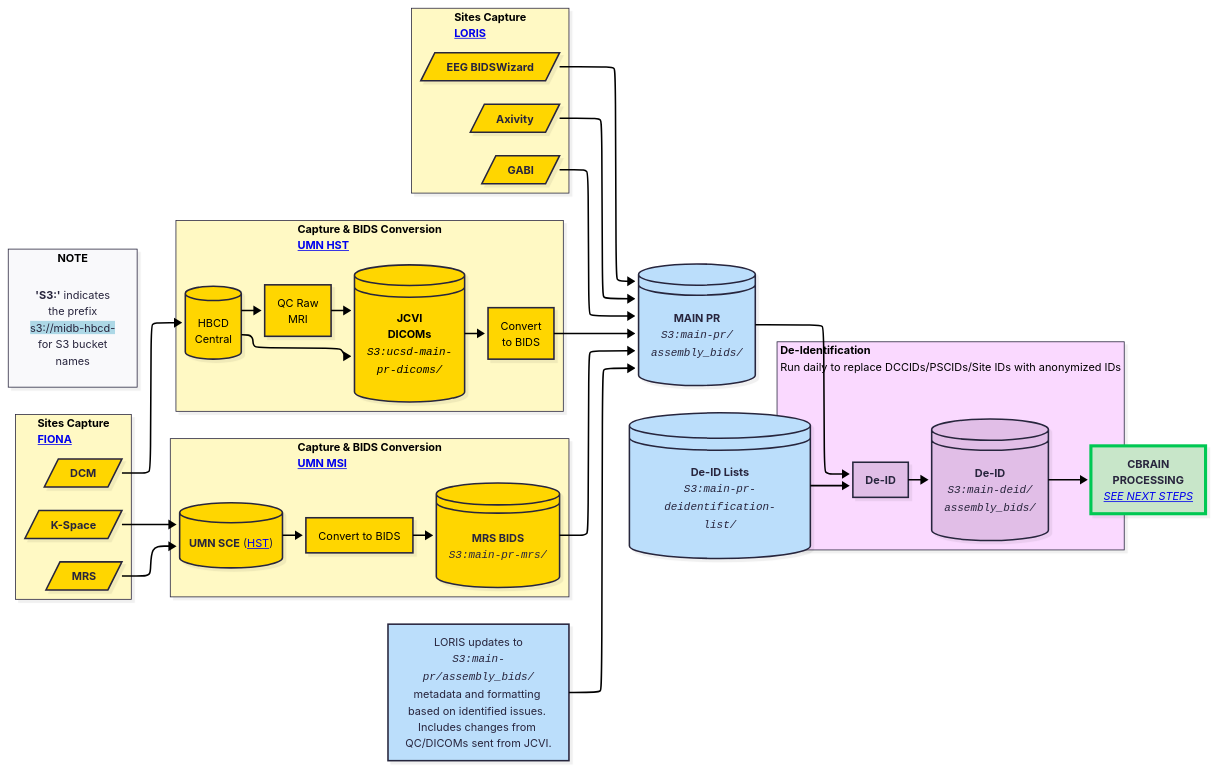
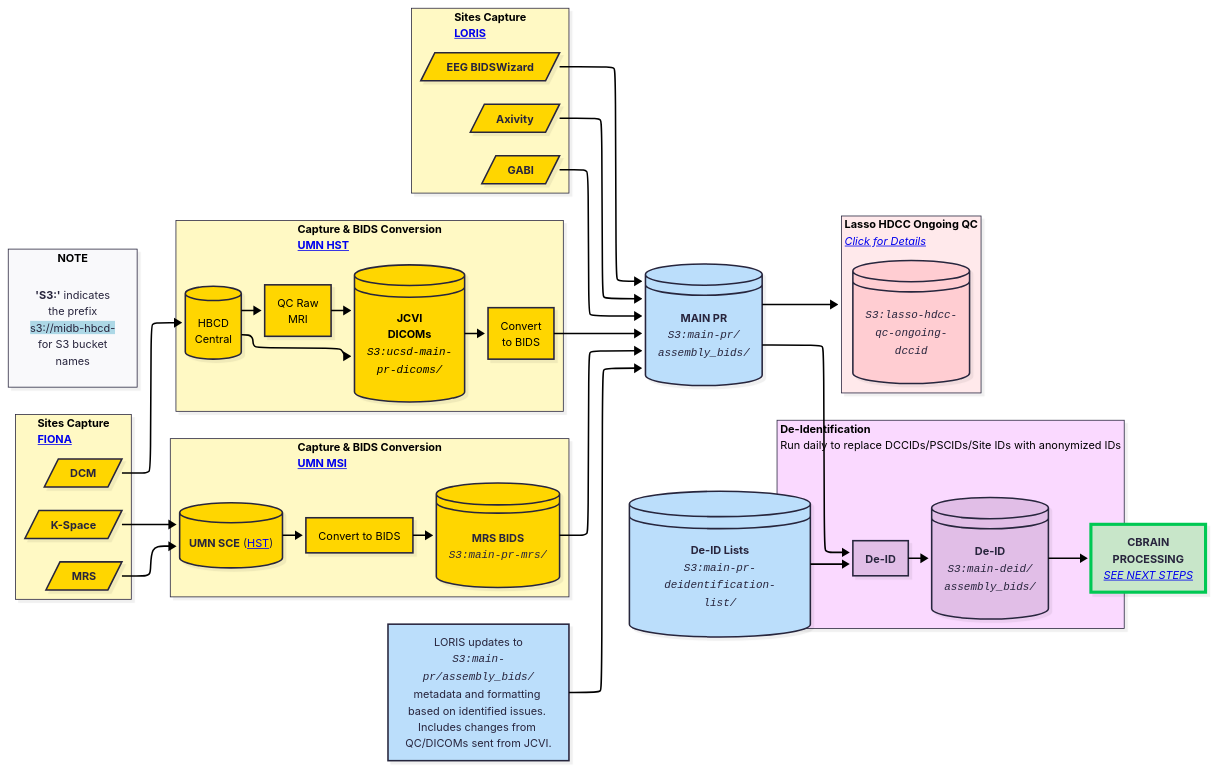
Before and after one commit to DCAN-Labs/hbcd-docs-internal: the diagram in src/mermaid/fb-wf-1.mmd, drawn with Mermaid. The commit also changed 4 other files, not shown here.

Commit message:
data proc WFs - add lasso hdcc QC env info and update diagrams

```diff
--- a/src/mermaid/fb-wf-1.mmd
+++ b/src/mermaid/fb-wf-1.mmd
@@ -1,90 +1,97 @@
 ---
 config:
   layout: elk
   look: neo
   theme: redux
 ---
 flowchart LR
- subgraph Sites_Capture["<b>Sites Capture</b><br><a href=../../orgcharts/#fiona rel=noopener target=_blank><b>FIONA</b></a>"]
+ subgraph Sites_Capture["<b>Sites Capture<br><a href=../../orgcharts/#fiona rel=noopener target=_blank><b>FIONA</b></a></b>"]
         FIONA_KSI[/"<b>DCM</b>"/]
         LORIS_ACM[/"<b>MRS</b>"/]
         n15[/"<b>K-Space</b>"/]
   end
  subgraph Capture_JCVI["<b>Capture &amp; BIDS Conversion<br></b><a href=../../orgcharts/#midb-informatics-hub-msi rel=noopener target=_blank><b>UMN MSI</b></a>"]
         UMN@{ label: "<b>UMN SCE</b> (<a href=\"../../orgcharts/#health-sciences-technology\" rel=\"noopener\" target=\"_blank\">HST</a>)" }
         JCVI["Convert to BIDS"]
         n1@{ label: "<span style=\"color:\"><b>MRS BIDS<br></b></span><i style=\"--tw-scale-x:\"><code style=\"--tw-scale-x:\">S3:main-pr-mrs/</code></i><span style=\"color:\"></span>" }
   end
  subgraph Capture_HST["<b>Capture &amp; BIDS Conversion<br></b><a href=../../orgcharts/#health-sciences-technology rel=noopener target=_blank><b>UMN HST</b></a>"]
         n6["HBCD<br>Central"]
         n9["QC Raw<br>MRI"]
         n10["<b>JCVI<br>DICOMs<br></b><i><code>S3:ucsd-main-<br>pr-dicoms/</code></i>"]
         n11["Convert<br>to BIDS"]
   end
  subgraph Capture_LORIS["<b>Sites Capture</b><br><a href=../../orgcharts/#loris rel=noopener target=_blank><b>LORIS</b></a>"]
         n12[/"<b>EEG BIDSWizard</b>"/]
         n13[/"<b>Axivity</b>"/]
         n14[/"<b>GABI</b>"/]
   end
- subgraph s1["<b style=white-space:>De-Identification</br></b><span style=white-space:>Run daily to replace DCCIDs/PSCIDs/Site IDs with anonymized IDs</span>"]
+ subgraph s1["<b style=white-space:>De-Identification<br></b><span style=white-space:>Run daily to replace DCCIDs/PSCIDs/Site IDs with anonymized IDs</span>"]
         n17["<b>De-ID</b>"]
         n18@{ label: "<b><span style=\"text-wrap-mode:\">De-ID</span><br style=\"text-wrap-mode:\"></b><i style=\"--tw-scale-x:\"><code style=\"--tw-scale-x:\">S3:main-deid/<br>assembly_bids/</code></i>" }
   end
  subgraph s6["<b>NOTE</b>"]
         legend@{ label: "<b>'S3:'</b> indicates<br>the prefix<span style=\"background-color:\"><br></span><span style=\"background-color:lightblue;\">s3://midb-hbcd-<br></span>for S3 bucket<br>names" }
+  end
+ subgraph s7["<span style=white-space:><b>Lasso HDCC Ongoing QC</b><br><a href=../data-proc-wf/#lasso-hdcc-qc-environment target=_top><i>Click for Details</i></a></span>"]
+        n22@{ label: "<span><i><code>S3:lasso-hdcc-<br>qc-ongoing-<br>dccid<br></code></i></span>" }
   end
     LORIS_ACM --> UMN
     UMN --> JCVI
     JCVI --> n1
     n1 --> RAW_BIDS@{ label: "<b>MAIN PR<br></b><i style=\"--tw-scale-x:\"><code style=\"--tw-scale-x:\">S3:main-pr/<br>assembly_bids/</code></i><i style=\"text-wrap-mode:\"></i><b></b>" }
     n6 --> n9 & n10
     n9 --> n10
     n10 --> n11
     n11 --> RAW_BIDS
     n12 --> RAW_BIDS
     n13 --> RAW_BIDS
     n14 --> RAW_BIDS
     n15 --> UMN
     FIONA_KSI --> n6
     n16@{ label: "<span style=\"color:\">LORIS updates to<br></span><i style=\"--tw-scale-x:\"><code style=\"--tw-scale-x:\">S3:main-pr/assembly_bids/<br></code></i><span style=\"color:\">metadata and formatting based on identified issues. Includes changes from QC/DICOMs sent from JCVI.</span>" } --> RAW_BIDS
-    RAW_BIDS --> n17
+    RAW_BIDS --> n17 & s7
     n17 --> n18
     n19["<b>De-ID Lists</b><br><code><i>S3:main-pr-deidentification-<br>list/</i></code>"] --> n17
     n18 --> n20@{ label: "<b>CBRAIN<br>PROCESSING</b><br><a href=\"../data-proc-wf/#cbrain-processing-re-identification-lasso-ingestion\" target=\"_top\"><i>SEE NEXT STEPS</i></a>" }
     UMN@{ shape: db}
     JCVI@{ shape: rect}
     n1@{ shape: disk}
     n6@{ shape: db}
     n9@{ shape: rect}
     n10@{ shape: disk}
     n11@{ shape: rect}
     n18@{ shape: disk}
+    n22@{ shape: disk}
     RAW_BIDS@{ shape: disk}
     n16@{ shape: rect}
+    s7@{ shape: rect}
     n19@{ shape: disk}
     n20@{ shape: rect}
     style FIONA_KSI fill:#FFD600
     style LORIS_ACM fill:#FFD600
     style n15 fill:#FFD600
     style UMN fill:#FFD600
     style JCVI fill:#FFD600,color:#000000
     style n1 fill:#FFD600
     style n6 fill:#FFD600,color:#000000
     style n9 fill:#FFD600,color:#000000
     style n10 fill:#FFD600,color:#000000
     style n11 fill:#FFD600,color:#000000
     style n12 fill:#FFD600
     style n13 fill:#FFD600
     style n14 fill:#FFD600
     style n17 fill:#E1BEE7
     style n18 fill:#E1BEE7
     style legend stroke:none,fill:transparent
+    style n22 fill:#FFCDD2
     style RAW_BIDS fill:#BBDEFB
     style n16 fill:#BBDEFB
+    style s7 fill:#ffe9eb
     style n19 fill:#BBDEFB
     style n20 fill:#C8E6C9,stroke:#00C853,stroke-width:4px,stroke-dasharray: 0
     style Capture_LORIS fill:#FFF9C4
     style Sites_Capture fill:#FFF9C4
     style Capture_JCVI fill:#FFF9C4
     style Capture_HST fill:#FFF9C4
     style s1 fill:#FAD9FF
```
